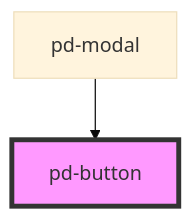
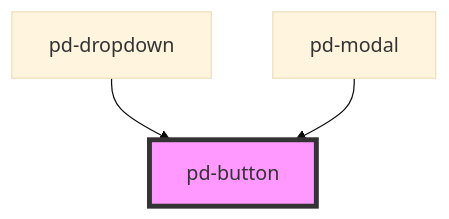
The diagram in src/components/button/readme.md (Lambda-IT/parlamentsdienste-components), drawn with Mermaid (base theme) before and after one commit. The commit also changed other lines of this file and 12 other files, not shown here.

````diff
--- a/src/components/button/readme.md
+++ b/src/components/button/readme.md
@@ -25,5 +28,6 @@
 ```mermaid
 graph TD;
+  pd-dropdown --> pd-button
   pd-modal --> pd-button
   style pd-button fill:#f9f,stroke:#333,stroke-width:4px
 ```
````
